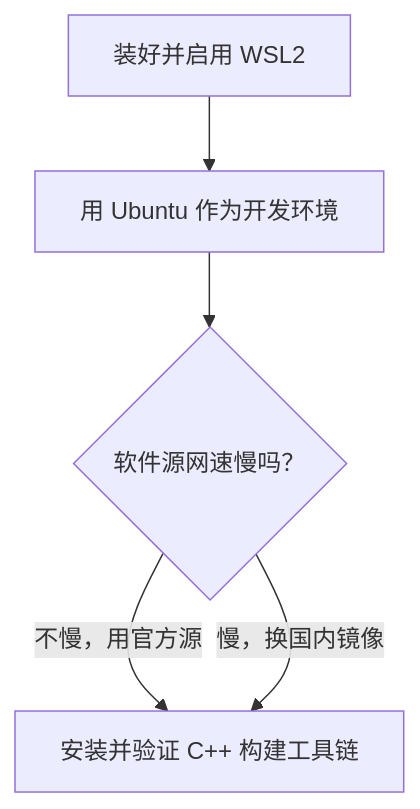
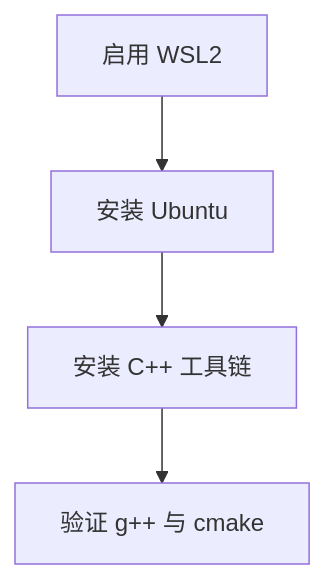
One commit to chengzhao-dev/cpp-notes changed the diagram in content/environment/setup-wsl2.qmd. Above: the diagram before and after it, drawn with Mermaid. The commit also changed other lines of this file and 193 other files, not shown here.

````diff
--- a/content/environment/setup-wsl2.qmd
+++ b/content/environment/setup-wsl2.qmd
@@ -22,8 +18,6 @@
 ```{mermaid}
-%%{init: {"fontFamily": "Inter, Noto Sans SC, -apple-system, BlinkMacSystemFont, Segoe UI, Roboto, Helvetica Neue, Arial, PingFang SC, Hiragino Sans GB, Microsoft YaHei, Noto Sans CJK SC, sans-serif", "flowchart": {"wrappingWidth": 320}}}%%
 flowchart TD
-  A[装好并启用 WSL2] --> B[用 Ubuntu 作为开发环境]
-  B --> C{软件源网速慢吗？}
-  C -- 不慢，用官方源 --> D[安装并验证 C++ 构建工具链]
-  C -- 慢，换国内镜像 --> D
+  A[启用 WSL2] --> B[安装 Ubuntu]
+  B --> C[安装 C++ 工具链]
+  C --> D[验证 g++ 与 cmake]
 ```
````
